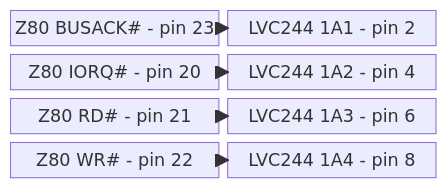
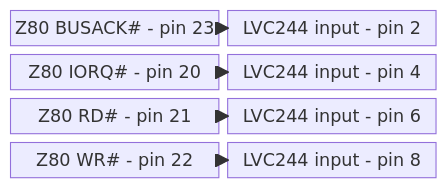
The diagram in docs/docs/en/hardware/bus-isolation.md (gloveboxes/Z80ROMlessSBC), drawn with Mermaid before and after one commit. The commit also changed other lines of this file and 91 other files, not shown here.

````diff
--- a/docs/docs/en/hardware/bus-isolation.md
+++ b/docs/docs/en/hardware/bus-isolation.md
@@ -241,12 +65,12 @@
 ```mermaid
 block-beta
   columns 2
-  BACK["Z80 BUSACK# - pin 23"] B1["LVC244 1A1 - pin 2"]
-  IORQ["Z80 IORQ# - pin 20"] B2["LVC244 1A2 - pin 4"]
-  RD["Z80 RD# - pin 21"] B3["LVC244 1A3 - pin 6"]
-  WR["Z80 WR# - pin 22"] B4["LVC244 1A4 - pin 8"]
-  BACK --> B1
-  IORQ --> B2
-  RD --> B3
-  WR --> B4
+  ZB["Z80 BUSACK# - pin 23"] LB["LVC244 input - pin 2"]
+  ZI["Z80 IORQ# - pin 20"] LI["LVC244 input - pin 4"]
+  ZR["Z80 RD# - pin 21"] LR["LVC244 input - pin 6"]
+  ZW["Z80 WR# - pin 22"] LW["LVC244 input - pin 8"]
+  ZB --> LB
+  ZI --> LI
+  ZR --> LR
+  ZW --> LW
 ```
````
